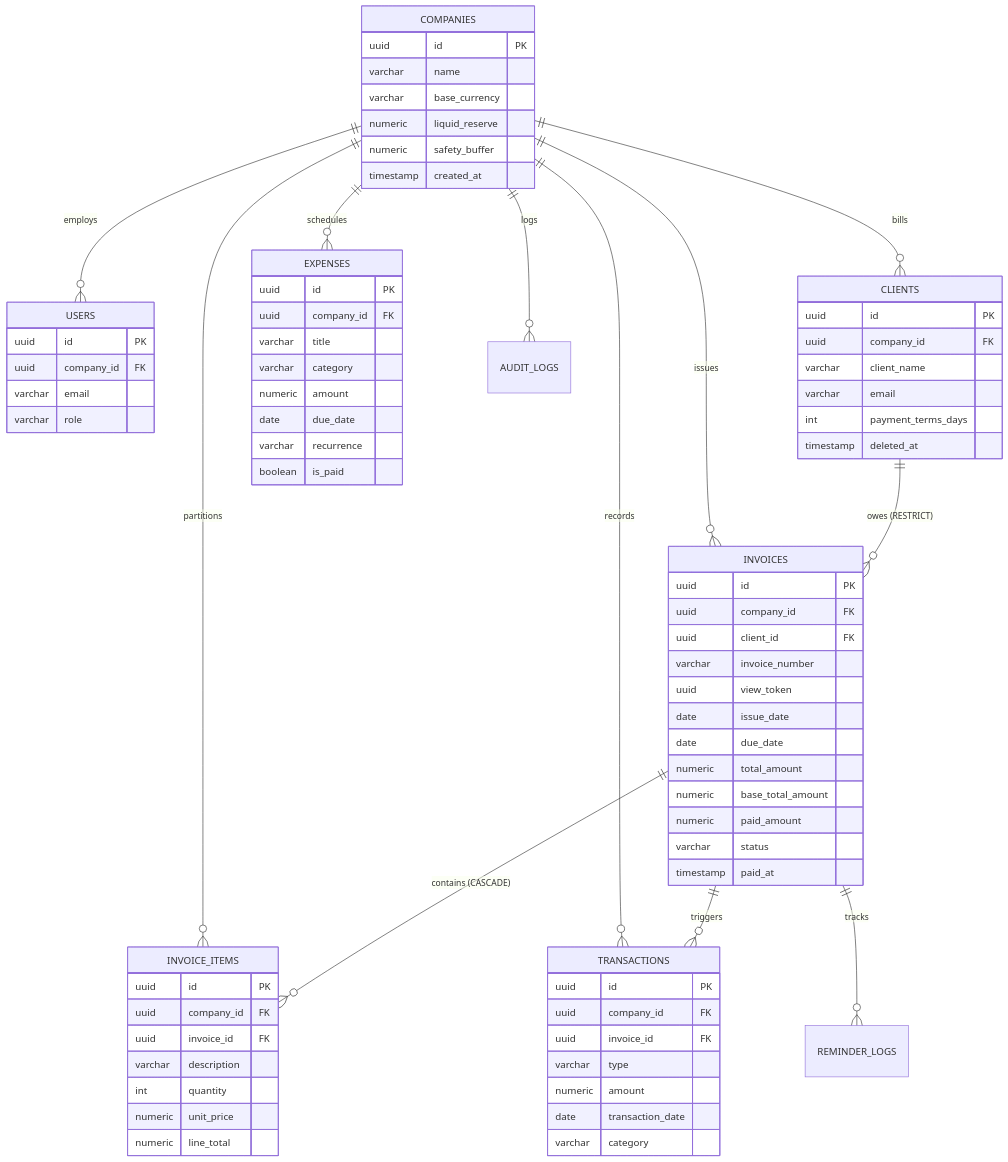
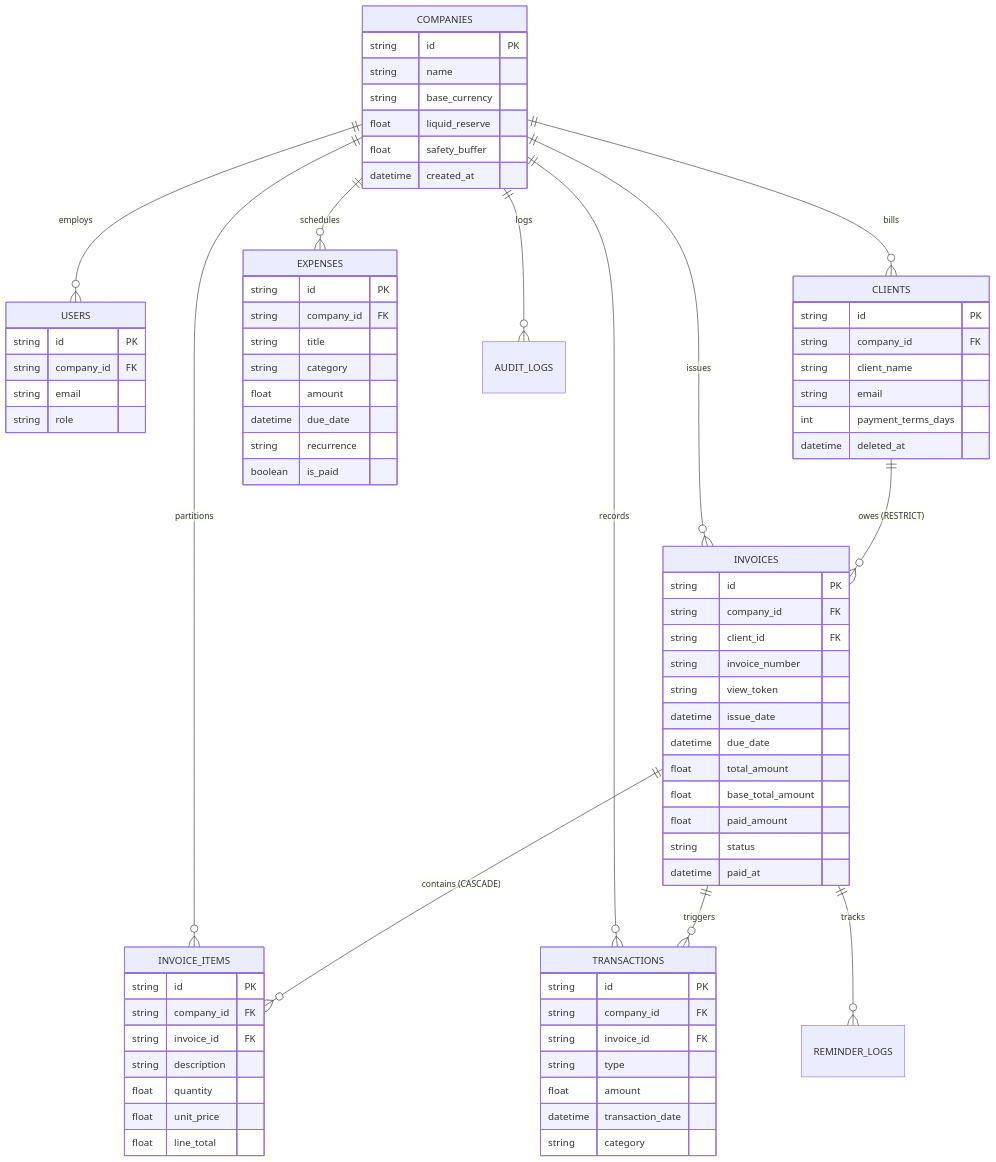
Before and after one commit to ahmad-006/finflow: the diagram in README.md, drawn with Mermaid. The commit also changed other lines of this file and 6 other files, not shown here.

Commit message:
docs: align documentation and master plan for SQLite-first architecture and Bun

````diff
--- a/README.md
+++ b/README.md
@@ -125,80 +131,80 @@
 ```mermaid
 erDiagram
     COMPANIES ||--o{ USERS : "employs"
     COMPANIES ||--o{ CLIENTS : "bills"
     COMPANIES ||--o{ INVOICES : "issues"
     COMPANIES ||--o{ INVOICE_ITEMS : "partitions"
     COMPANIES ||--o{ EXPENSES : "schedules"
     COMPANIES ||--o{ TRANSACTIONS : "records"
     COMPANIES ||--o{ AUDIT_LOGS : "logs"
 
     CLIENTS ||--o{ INVOICES : "owes (RESTRICT)"
     INVOICES ||--o{ INVOICE_ITEMS : "contains (CASCADE)"
     INVOICES ||--o{ TRANSACTIONS : "triggers"
     INVOICES ||--o{ REMINDER_LOGS : "tracks"
 
     COMPANIES {
-        uuid id PK
-        varchar name
-        varchar base_currency
-        numeric liquid_reserve
-        numeric safety_buffer
-        timestamp created_at
+        string id PK
+        string name
+        string base_currency
+        float liquid_reserve
+        float safety_buffer
+        datetime created_at
     }
     USERS {
-        uuid id PK
-        uuid company_id FK
-        varchar email
-        varchar role
+        string id PK
+        string company_id FK
+        string email
+        string role
     }
     CLIENTS {
-        uuid id PK
-        uuid company_id FK
-        varchar client_name
-        varchar email
+        string id PK
+        string company_id FK
+        string client_name
+        string email
         int payment_terms_days
-        timestamp deleted_at
+        datetime deleted_at
     }
     INVOICES {
-        uuid id PK
-        uuid company_id FK
-        uuid client_id FK
-        varchar invoice_number
-        uuid view_token
-        date issue_date
-        date due_date
-        numeric total_amount
-        numeric base_total_amount
-        numeric paid_amount
-        varchar status
-        timestamp paid_at
+        string id PK
+        string company_id FK
+        string client_id FK
+        string invoice_number
+        string view_token
+        datetime issue_date
+        datetime due_date
+        float total_amount
+        float base_total_amount
+        float paid_amount
+        string status
+        datetime paid_at
     }
     INVOICE_ITEMS {
-        uuid id PK
-        uuid company_id FK
-        uuid invoice_id FK
-        varchar description
-        int quantity
-        numeric unit_price
-        numeric line_total
+        string id PK
+        string company_id FK
+        string invoice_id FK
+        string description
+        float quantity
+        float unit_price
+        float line_total
     }
     EXPENSES {
-        uuid id PK
-        uuid company_id FK
-        varchar title
-        varchar category
-        numeric amount
-        date due_date
-        varchar recurrence
+        string id PK
+        string company_id FK
+        string title
+        string category
+        float amount
+        datetime due_date
+        string recurrence
         boolean is_paid
     }
     TRANSACTIONS {
-        uuid id PK
-        uuid company_id FK
-        uuid invoice_id FK
-        varchar type
-        numeric amount
-        date transaction_date
-        varchar category
+        string id PK
+        string company_id FK
+        string invoice_id FK
+        string type
+        float amount
+        datetime transaction_date
+        string category
     }
 ```
````
